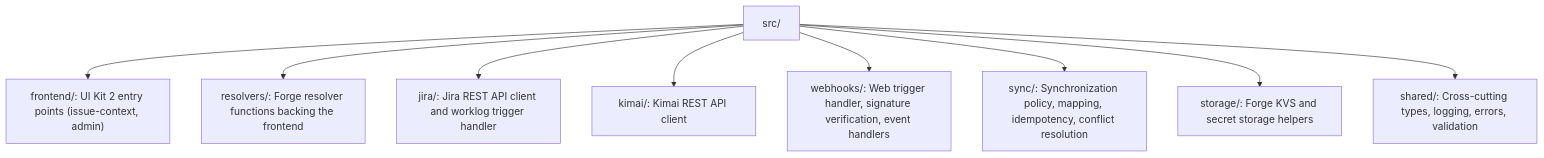
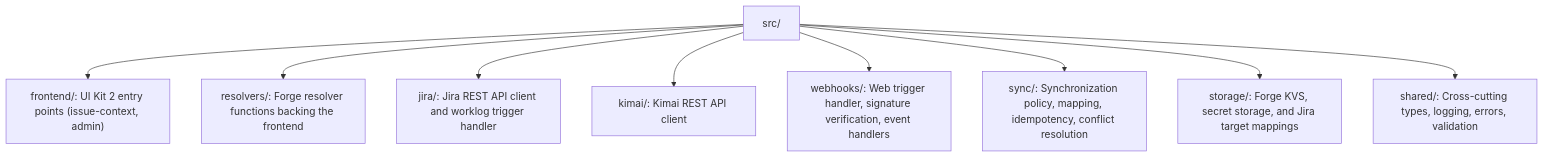
Before and after one commit to jacksonpradolima/kimai-jira: the second of 5 diagrams in docs/architecture.md, drawn with Mermaid. The commit also changed other lines of this file and 10 other files, not shown here.

````diff
--- a/docs/architecture.md
+++ b/docs/architecture.md
@@ -23,12 +23,12 @@
 ```mermaid
 flowchart TB
   root["src/"]
   root --> frontend["frontend/: UI Kit 2 entry points (issue-context, admin)"]
   root --> resolvers["resolvers/: Forge resolver functions backing the frontend"]
   root --> jira["jira/: Jira REST API client and worklog trigger handler"]
   root --> kimai["kimai/: Kimai REST API client"]
   root --> webhooks["webhooks/: Web trigger handler, signature verification, event handlers"]
   root --> sync["sync/: Synchronization policy, mapping, idempotency, conflict resolution"]
-  root --> storage["storage/: Forge KVS and secret storage helpers"]
+  root --> storage["storage/: Forge KVS, secret storage, and Jira target mappings"]
   root --> shared["shared/: Cross-cutting types, logging, errors, validation"]
 ```
````
